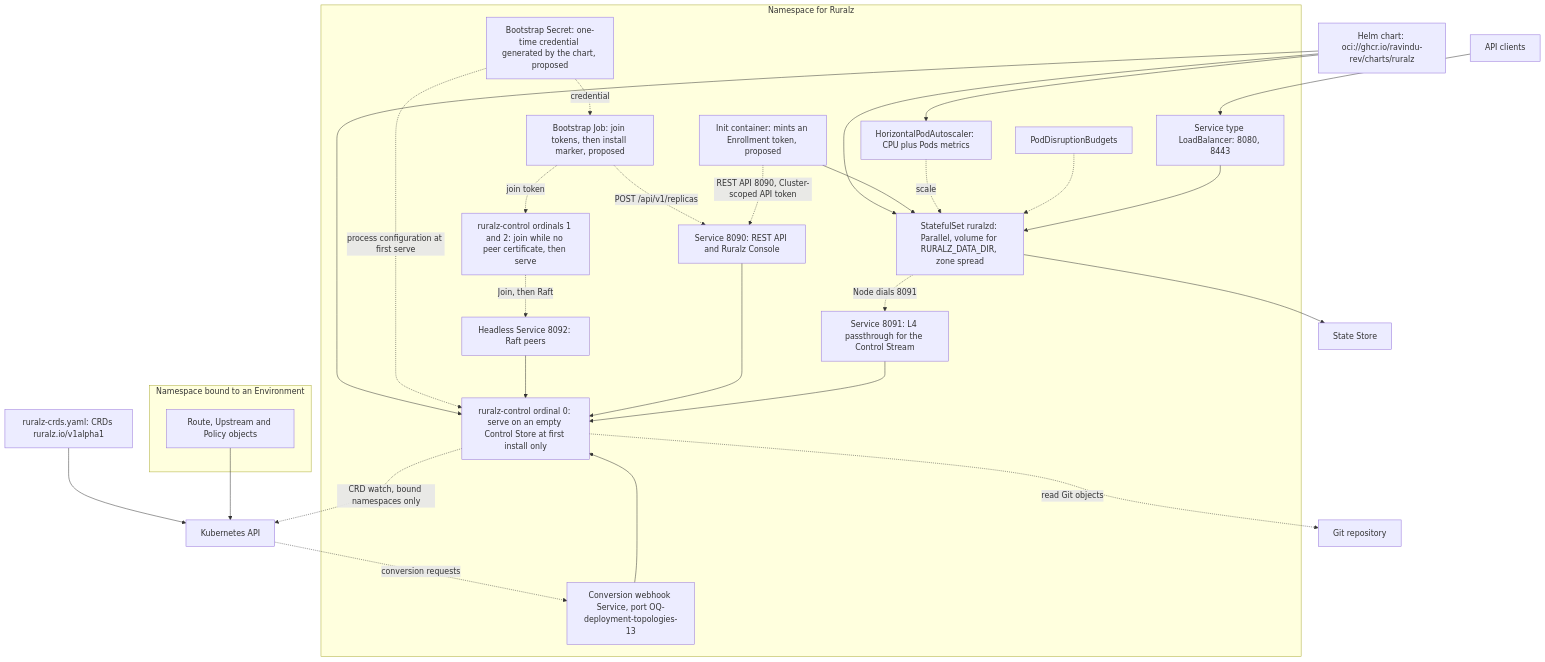
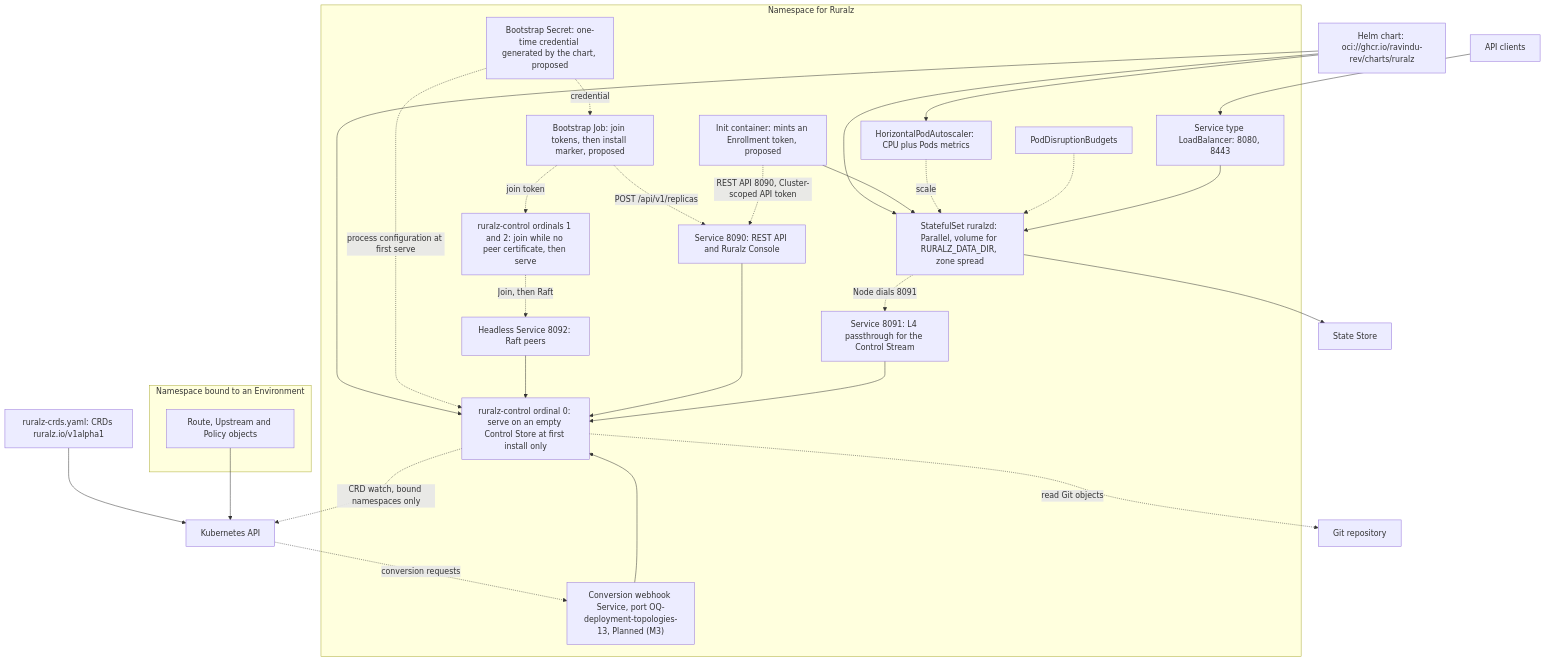
The fourth of 7 diagrams in docs/operations/01-deployment-topologies.md (ravindu-rev/ruralz), drawn with Mermaid before and after one commit. The commit also changed other lines of this file and 22 other files, not shown here.

````diff
--- a/docs/operations/01-deployment-topologies.md
+++ b/docs/operations/01-deployment-topologies.md
@@ -210,52 +210,52 @@
 ```mermaid
 flowchart TB
     helm["Helm chart: oci://ghcr.io/ravindu-rev/charts/ruralz"]
     crds["ruralz-crds.yaml: CRDs ruralz.io/v1alpha1"]
     k8s["Kubernetes API"]
     git["Git repository"]
     clients["API clients"]
     subgraph sys["Namespace for Ruralz"]
         c0["ruralz-control ordinal 0: serve on an empty Control Store at first install only"]
         cn["ruralz-control ordinals 1 and 2: join while no peer certificate, then serve"]
         bsec["Bootstrap Secret: one-time credential generated by the chart, proposed"]
         job["Bootstrap Job: join tokens, then install marker, proposed"]
         c90["Service 8090: REST API and Ruralz Console"]
         c91["Service 8091: L4 passthrough for the Control Stream"]
         c92["Headless Service 8092: Raft peers"]
-        cwh["Conversion webhook Service, port OQ-deployment-topologies-13"]
+        cwh["Conversion webhook Service, port OQ-deployment-topologies-13, Planned (M3)"]
         nst["StatefulSet ruralzd: Parallel, volume for RURALZ_DATA_DIR, zone spread"]
         init["Init container: mints an Enrollment token, proposed"]
         hpa["HorizontalPodAutoscaler: CPU plus Pods metrics"]
         pdb["PodDisruptionBudgets"]
         nlb["Service type LoadBalancer: 8080, 8443"]
     end
     subgraph app["Namespace bound to an Environment"]
         cr["Route, Upstream and Policy objects"]
     end
     ss["State Store"]
     helm --> c0
     helm --> nst
     helm --> hpa
     crds --> k8s
     cr --> k8s
     bsec -.->|"process configuration at first serve"| c0
     bsec -.->|"credential"| job
     job -.->|"POST /api/v1/replicas"| c90
     job -.->|"join token"| cn
     cn -.->|"Join, then Raft"| c92
     c92 --> c0
     c90 --> c0
     c91 --> c0
     k8s -.->|"conversion requests"| cwh
     cwh --> c0
     c0 -.->|"CRD watch, bound namespaces only"| k8s
     c0 -.->|"read Git objects"| git
     init -.->|"REST API 8090, Cluster-scoped API token"| c90
     init --> nst
     nst -.->|"Node dials 8091"| c91
     hpa -.->|"scale"| nst
     pdb -.-> nst
     clients --> nlb
     nlb --> nst
     nst --> ss
 ```
````
